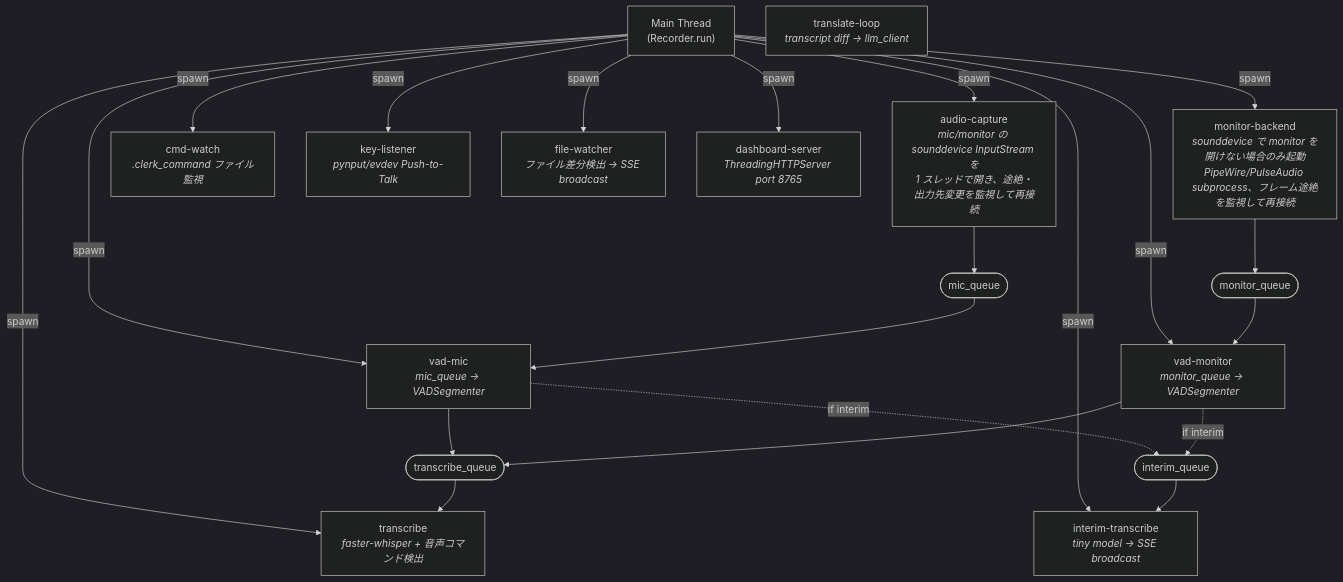
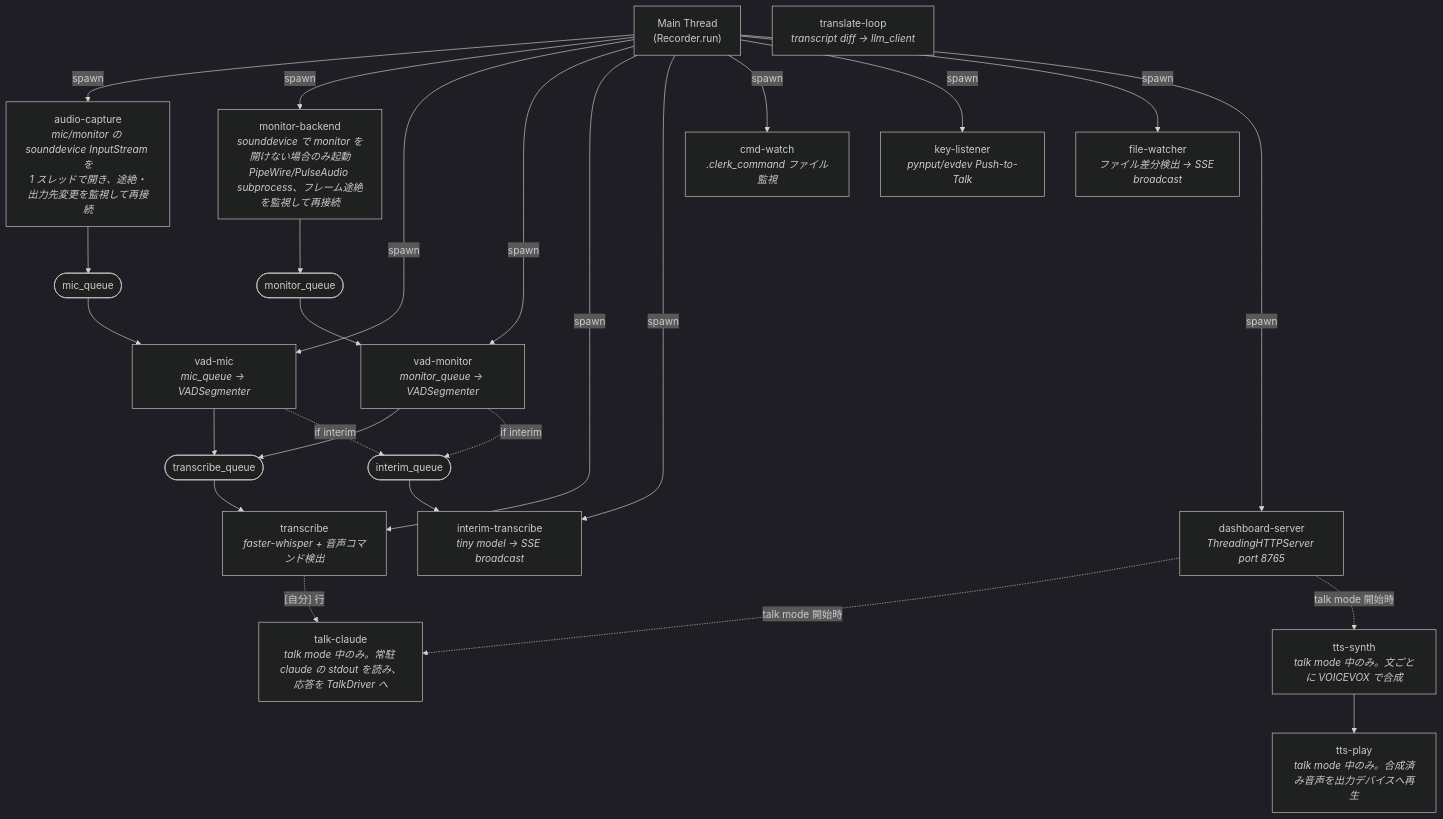
Before and after one commit to edocode/shadow-clerk: the third of 8 diagrams in SPEC.md, drawn with Mermaid (dark theme). The commit also changed other lines of this file and 4 other files, not shown here.

Commit message:
Document Claude talk mode

````diff
--- a/SPEC.md
+++ b/SPEC.md
@@ -214,43 +239,50 @@
 ```mermaid
 graph TB
     main["Main Thread<br/>(Recorder.run)"]
 
     mic["audio-capture<br/><i>mic/monitor の sounddevice InputStream を<br/>1 スレッドで開き、途絶・出力先変更を監視して再接続</i>"]
     mon["monitor-backend<br/><i>sounddevice で monitor を開けない場合のみ起動<br/>PipeWire/PulseAudio subprocess、フレーム途絶を監視して再接続</i>"]
     vadm["vad-mic<br/><i>mic_queue → VADSegmenter</i>"]
     vadmon["vad-monitor<br/><i>monitor_queue → VADSegmenter</i>"]
     trans["transcribe<br/><i>faster-whisper + 音声コマンド検出</i>"]
     interim["interim-transcribe<br/><i>tiny model → SSE broadcast</i>"]
     cmd["cmd-watch<br/><i>.clerk_command ファイル監視</i>"]
     key["key-listener<br/><i>pynput/evdev Push-to-Talk</i>"]
     tl["translate-loop<br/><i>transcript diff → llm_client</i>"]
     fw["file-watcher<br/><i>ファイル差分検出 → SSE broadcast</i>"]
     dash["dashboard-server<br/><i>ThreadingHTTPServer port 8765</i>"]
+    talkc["talk-claude<br/><i>talk mode 中のみ。常駐 claude の stdout を読み、応答を TalkDriver へ</i>"]
+    synth["tts-synth<br/><i>talk mode 中のみ。文ごとに VOICEVOX で合成</i>"]
+    play["tts-play<br/><i>talk mode 中のみ。合成済み音声を出力デバイスへ再生</i>"]
 
     mq([mic_queue])
     moq([monitor_queue])
     tq([transcribe_queue])
     iq([interim_queue])
 
     main -->|spawn| mic
     main -->|spawn| mon
     main -->|spawn| vadm
     main -->|spawn| vadmon
     main -->|spawn| trans
     main -->|spawn| interim
     main -->|spawn| cmd
     main -->|spawn| key
     main -->|spawn| fw
     main -->|spawn| dash
+    dash -.->|talk mode 開始時| talkc
+    dash -.->|talk mode 開始時| synth
+    synth --> play
+    trans -.->|"[自分] 行"| talkc
 
     mic --> mq
     mon --> moq
     mq --> vadm
     moq --> vadmon
     vadm --> tq
     vadmon --> tq
     vadm -.->|if interim| iq
     vadmon -.->|if interim| iq
     tq --> trans
     iq --> interim
 ```
````
